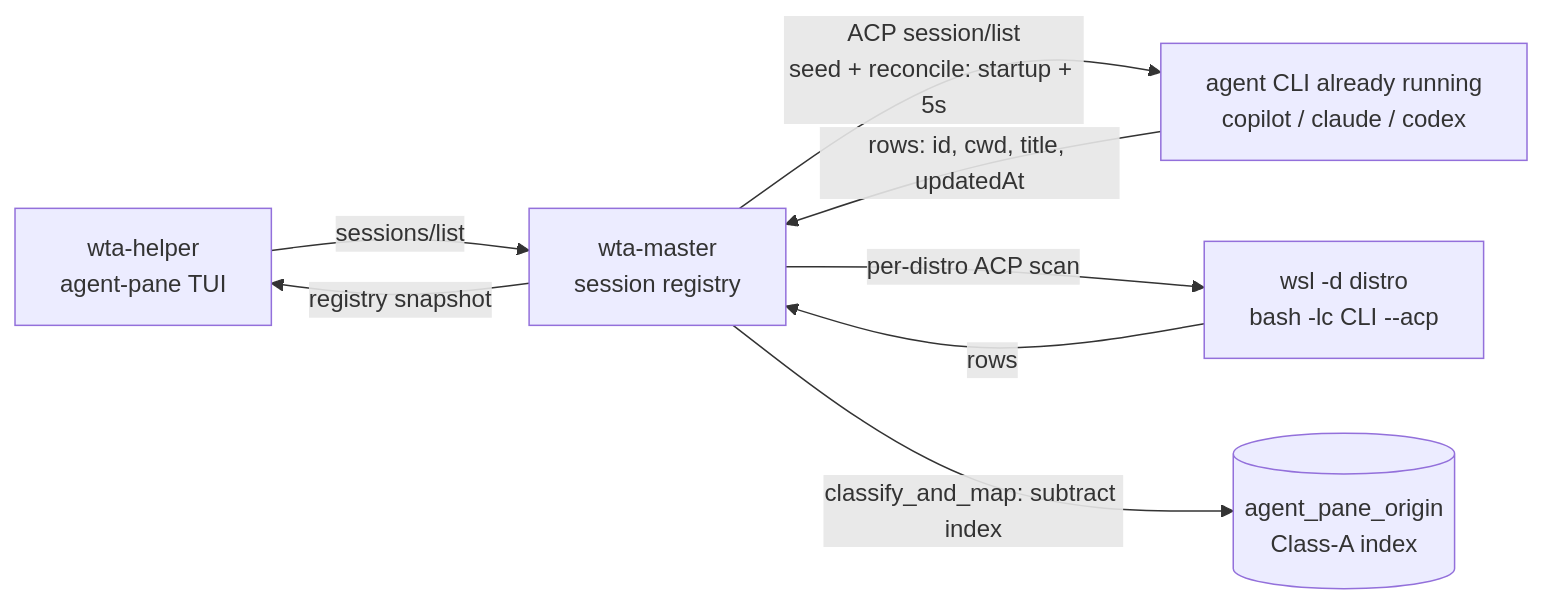
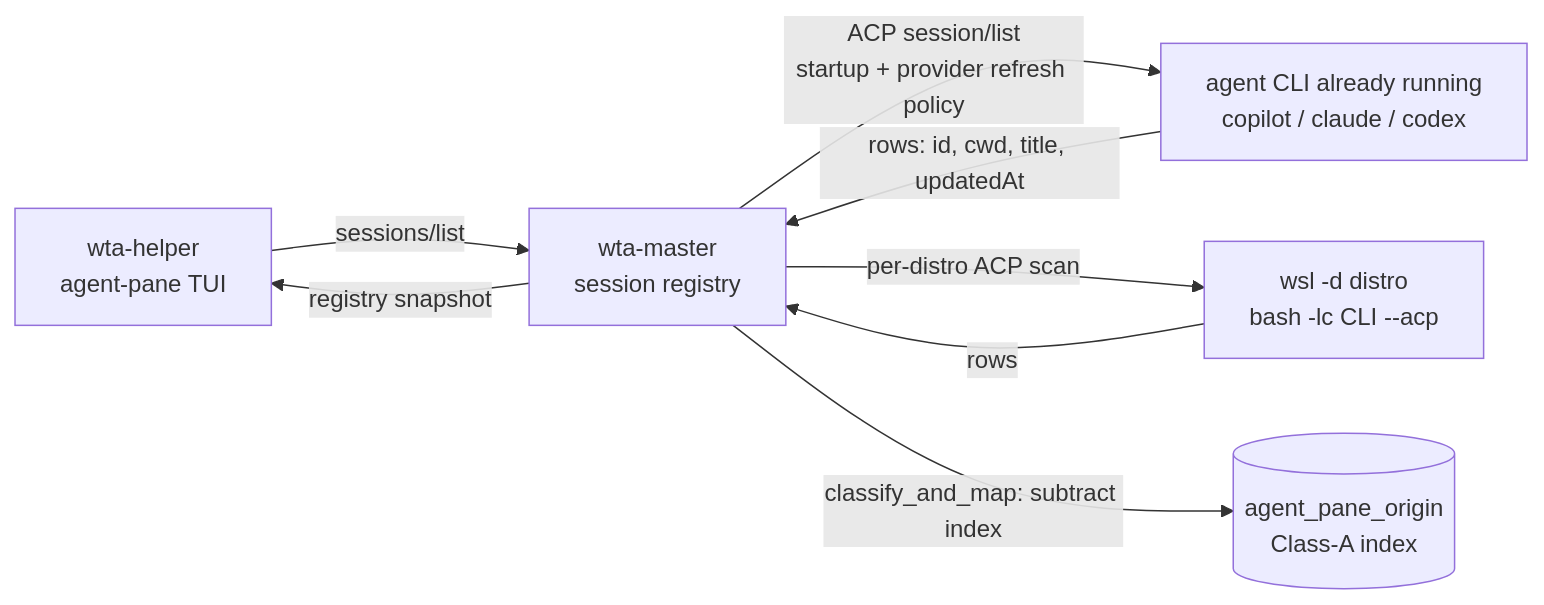
Before and after one commit to microsoft/intelligent-terminal: the second of 2 diagrams in doc/specs/session-history-via-acp.md, drawn with Mermaid. The commit also changed other lines of this file and 2 other files, not shown here.

````diff
--- a/doc/specs/session-history-via-acp.md
+++ b/doc/specs/session-history-via-acp.md
@@ -72,16 +72,16 @@
 ```mermaid
 flowchart LR
     Helper["wta-helper<br/>agent-pane TUI"]
     Master["wta-master<br/>session registry"]
     Agent["agent CLI already running<br/>copilot / claude / codex"]
     Wsl["wsl -d distro<br/>bash -lc CLI --acp"]
     Index[("agent_pane_origin<br/>Class-A index")]
 
     Helper -->|"sessions/list"| Master
-    Master -->|"ACP session/list<br/>seed + reconcile: startup + 5s"| Agent
+    Master -->|"ACP session/list<br/>startup + provider refresh policy"| Agent
     Agent -->|"rows: id, cwd, title, updatedAt"| Master
     Master -->|"per-distro ACP scan"| Wsl
     Wsl -->|"rows"| Master
     Master -->|"classify_and_map: subtract index"| Index
     Master -->|"registry snapshot"| Helper
 ```
````
